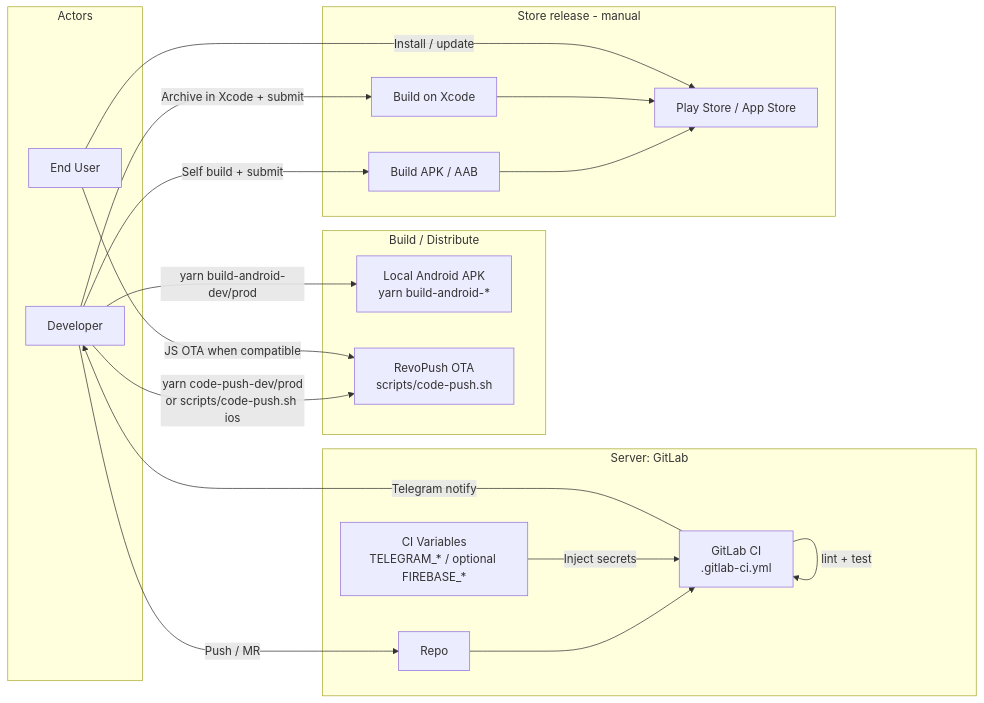
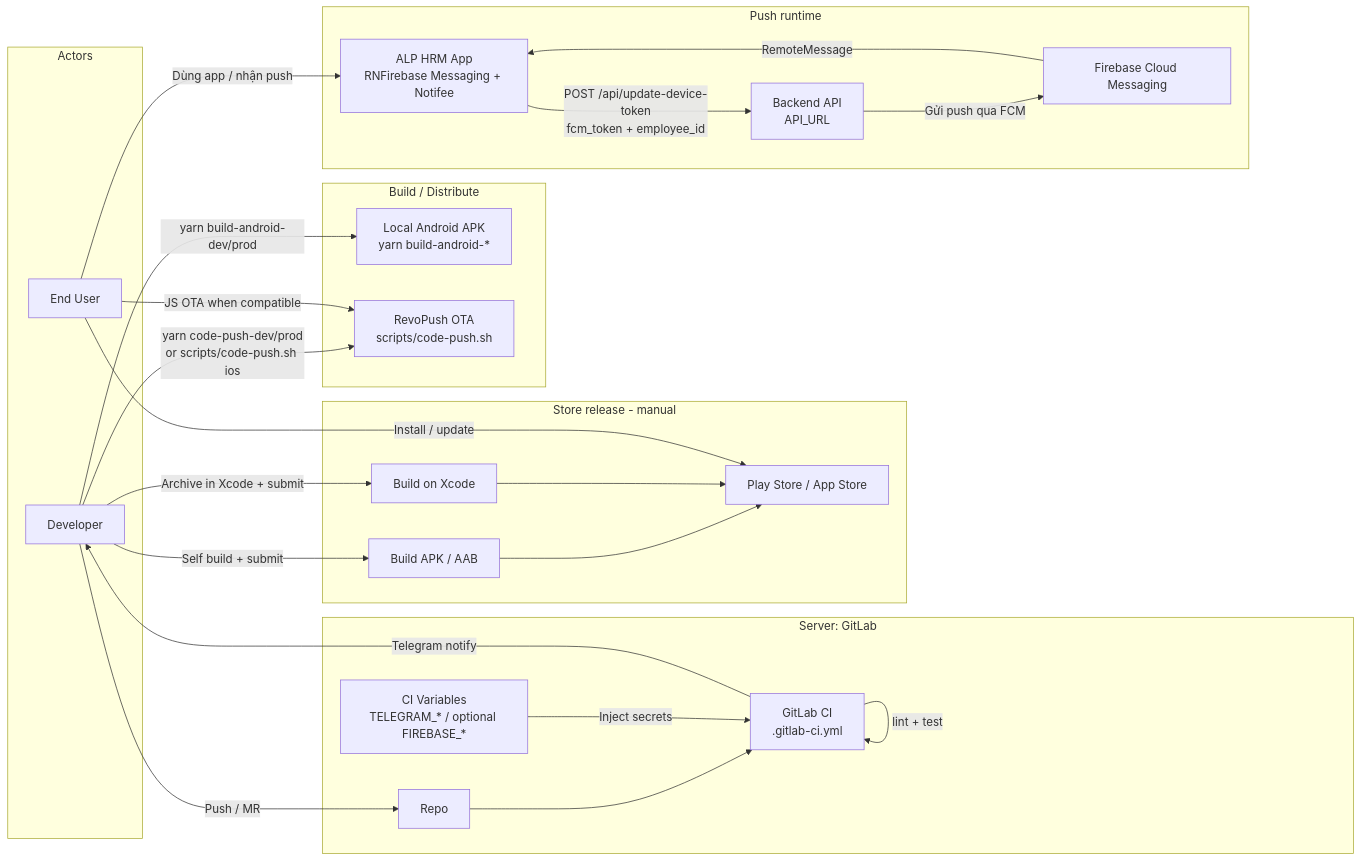
The third of 7 diagrams in README.md (ThangTech/ALP-HRM-REACTNATIVE), drawn with Mermaid before and after one commit. The commit also changed other lines of this file, not shown here.

Commit message:
docs: document FCM push notification flow in README

````diff
--- a/README.md
+++ b/README.md
@@ -459,40 +461,51 @@
 ```mermaid
 flowchart LR
   subgraph Actors
     Dev[Developer]
     EndUser[End User]
   end
 
   subgraph SCM["Server: GitLab"]
     Repo[Repo]
     CI["GitLab CI<br/>.gitlab-ci.yml"]
     Vars["CI Variables<br/>TELEGRAM_* / optional FIREBASE_*"]
   end
 
   subgraph Build["Build / Distribute"]
     LocalAndroid["Local Android APK<br/>yarn build-android-*"]
     RevoPush["RevoPush OTA<br/>scripts/code-push.sh"]
   end
 
   subgraph Store["Store release - manual"]
     AndroidBin[Build APK / AAB]
     XcodeBin[Build on Xcode]
     Stores[Play Store / App Store]
   end
 
+  subgraph PushRuntime["Push runtime"]
+    AppRN["ALP HRM App<br/>RNFirebase Messaging + Notifee"]
+    BackendAPI["Backend API<br/>API_URL"]
+    FCM["Firebase Cloud Messaging"]
+  end
+
   Dev -->|Push / MR| Repo
   Repo --> CI
   Vars -->|Inject secrets| CI
   CI -->|lint + test| CI
   CI -->|Telegram notify| Dev
 
   Dev -->|yarn build-android-dev/prod| LocalAndroid
   Dev -->|yarn code-push-dev/prod<br/>or scripts/code-push.sh ios| RevoPush
   Dev -->|Self build + submit| AndroidBin
   Dev -->|Archive in Xcode + submit| XcodeBin
   AndroidBin --> Stores
   XcodeBin --> Stores
 
   EndUser -->|Install / update| Stores
   EndUser -->|JS OTA when compatible| RevoPush
+
+  AppRN -->|"POST /api/update-device-token<br/>fcm_token + employee_id"| BackendAPI
+  BackendAPI -->|Gửi push qua FCM| FCM
+  FCM -->|RemoteMessage| AppRN
+  EndUser -->|Dùng app / nhận push| AppRN
 ```
````
